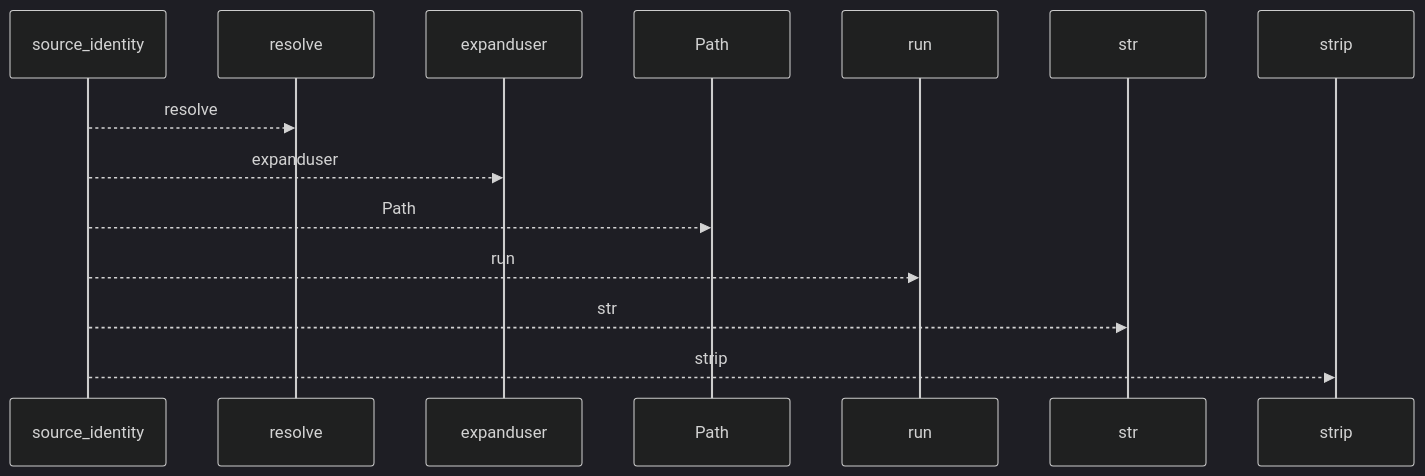
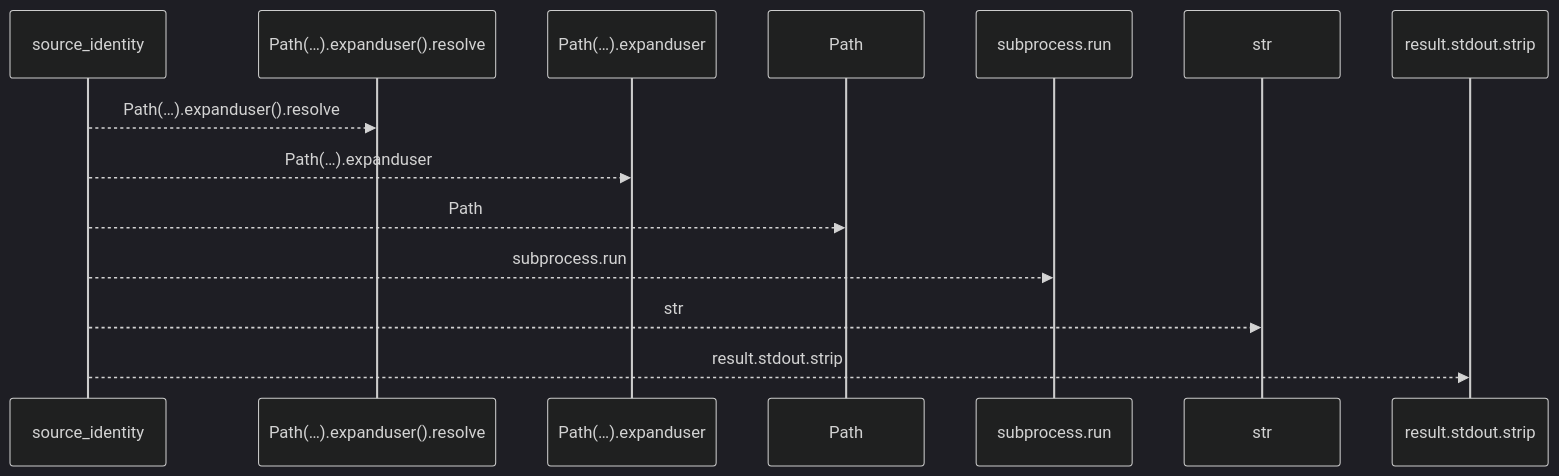
Before and after one commit to Denissvgn/python-wiki-llm: the first of 2 diagrams in docs/llm_wiki/flows/api-source_identity.md, drawn with Mermaid (dark theme). The commit also changed other lines of this file and 719 other files, not shown here.

````diff
--- a/docs/llm_wiki/flows/api-source_identity.md
+++ b/docs/llm_wiki/flows/api-source_identity.md
@@ -10,16 +10,16 @@
 ```mermaid
 sequenceDiagram
     participant p0 as source_identity
-    participant p1 as resolve
-    participant p2 as expanduser
+    participant p1 as Path(…).expanduser().resolve
+    participant p2 as Path(…).expanduser
     participant p3 as Path
-    participant p4 as run
+    participant p4 as subprocess.run
     participant p5 as str
-    participant p6 as strip
-    p0-->>p1: resolve
-    p0-->>p2: expanduser
+    participant p6 as result.stdout.strip
+    p0-->>p1: Path(…).expanduser().resolve
+    p0-->>p2: Path(…).expanduser
     p0-->>p3: Path
-    p0-->>p4: run
+    p0-->>p4: subprocess.run
     p0-->>p5: str
-    p0-->>p6: strip
+    p0-->>p6: result.stdout.strip
 ```
````
